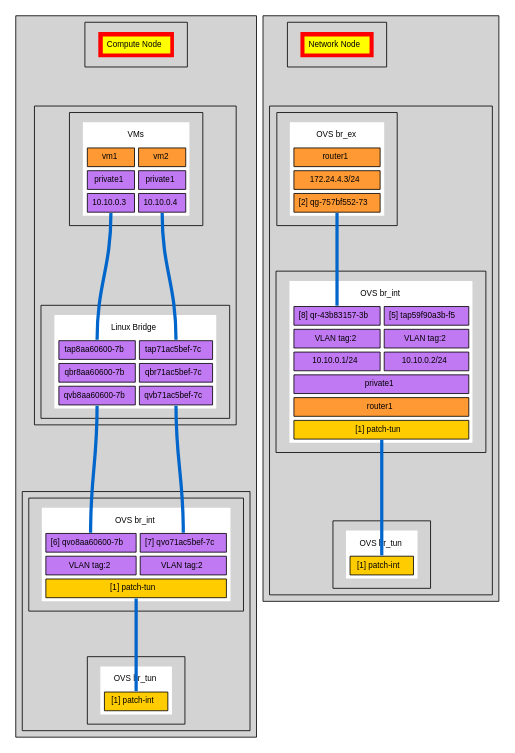
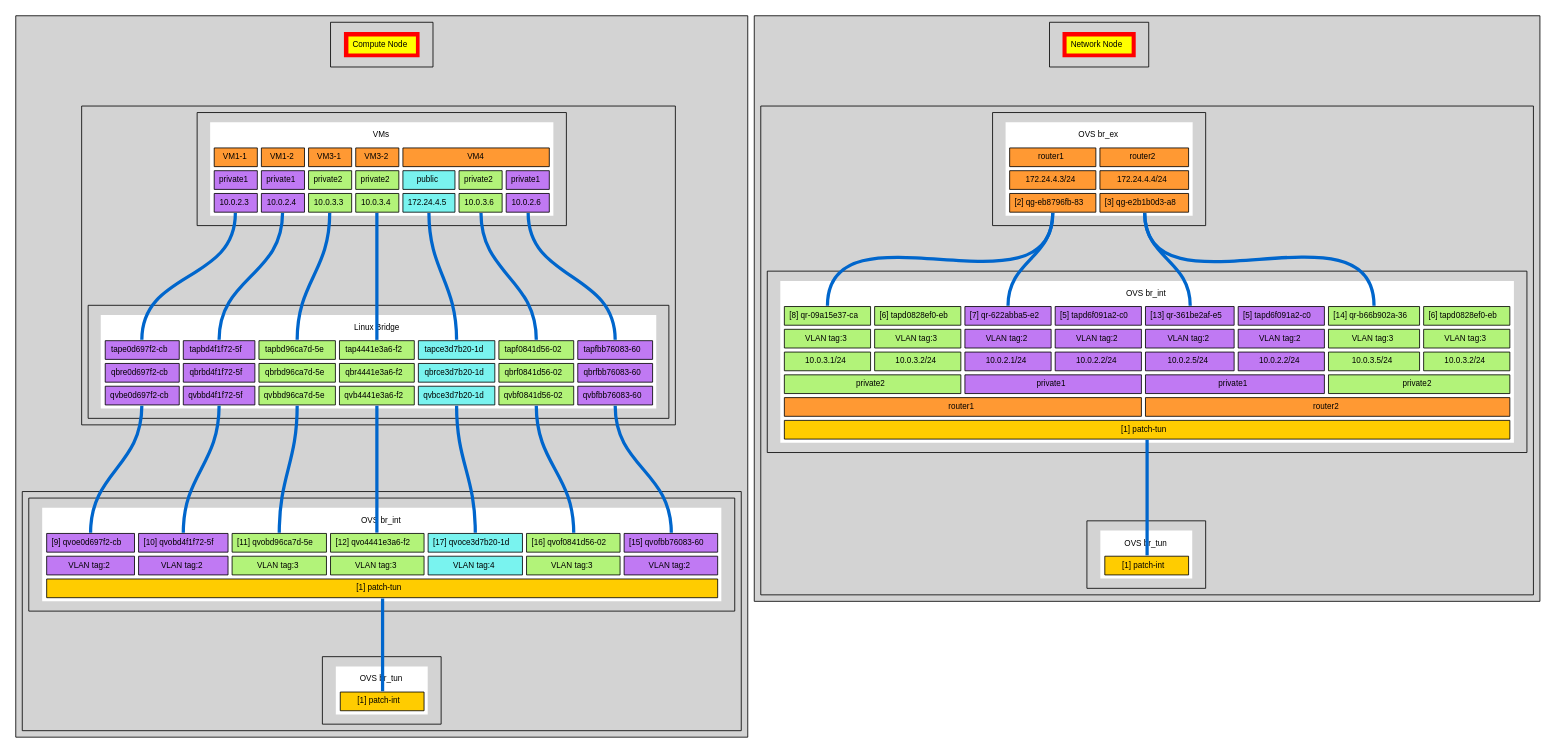
One commit to CiscoSystems/don changed the diagram in ovs/static/don.dot. Above: the diagram before and after it, drawn with Graphviz. The commit also changed 7 other files, not shown here.

Commit message:
Cleanup and retaining old visualization charts.

```diff
--- a/ovs/static/don.dot
+++ b/ovs/static/don.dot
@@ -25,19 +25,32 @@
 VMs [ shape = plaintext, label = <
 <TABLE BORDER="0" CELLBORDER="1" CELLSPACING="5" CELLPADDING="5" BGCOLOR="white">
 <TR>
-<TD COLSPAN="2" BORDER="0" BGCOLOR="white" PORT="VMs">VMs</TD>
+<TD COLSPAN="7" BORDER="0" BGCOLOR="white" PORT="VMs">VMs</TD>
 </TR>
 <TR>
-<TD ROWSPAN="1" COLSPAN="1" BGCOLOR="#ff9933">vm1</TD>
-<TD ROWSPAN="1" COLSPAN="1" BGCOLOR="#ff9933">vm2</TD>
+<TD ROWSPAN="1" COLSPAN="1" BGCOLOR="#ff9933">VM1-1</TD>
+<TD ROWSPAN="1" COLSPAN="1" BGCOLOR="#ff9933">VM1-2</TD>
+<TD ROWSPAN="1" COLSPAN="1" BGCOLOR="#ff9933">VM3-1</TD>
+<TD ROWSPAN="1" COLSPAN="1" BGCOLOR="#ff9933">VM3-2</TD>
+<TD ROWSPAN="1" COLSPAN="3" BGCOLOR="#ff9933">VM4</TD>
 </TR>
 <TR>
 <TD ROWSPAN="1" COLSPAN="1" BGCOLOR="#c079f3">private1</TD>
 <TD ROWSPAN="1" COLSPAN="1" BGCOLOR="#c079f3">private1</TD>
+<TD ROWSPAN="1" COLSPAN="1" BGCOLOR="#b2f379">private2</TD>
+<TD ROWSPAN="1" COLSPAN="1" BGCOLOR="#b2f379">private2</TD>
+<TD ROWSPAN="1" COLSPAN="1" BGCOLOR="#79f3ef">public</TD>
+<TD ROWSPAN="1" COLSPAN="1" BGCOLOR="#b2f379">private2</TD>
+<TD ROWSPAN="1" COLSPAN="1" BGCOLOR="#c079f3">private1</TD>
 </TR>
 <TR>
-<TD ROWSPAN="1" COLSPAN="1" BGCOLOR="#c079f3" PORT="101003">10.10.0.3</TD>
-<TD ROWSPAN="1" COLSPAN="1" BGCOLOR="#c079f3" PORT="101004">10.10.0.4</TD>
+<TD ROWSPAN="1" COLSPAN="1" BGCOLOR="#c079f3" PORT="10023">10.0.2.3</TD>
+<TD ROWSPAN="1" COLSPAN="1" BGCOLOR="#c079f3" PORT="10024">10.0.2.4</TD>
+<TD ROWSPAN="1" COLSPAN="1" BGCOLOR="#b2f379" PORT="10033">10.0.3.3</TD>
+<TD ROWSPAN="1" COLSPAN="1" BGCOLOR="#b2f379" PORT="10034">10.0.3.4</TD>
+<TD ROWSPAN="1" COLSPAN="1" BGCOLOR="#79f3ef" PORT="1722445">172.24.4.5</TD>
+<TD ROWSPAN="1" COLSPAN="1" BGCOLOR="#b2f379" PORT="10036">10.0.3.6</TD>
+<TD ROWSPAN="1" COLSPAN="1" BGCOLOR="#c079f3" PORT="10026">10.0.2.6</TD>
 </TR>
 </TABLE>>];
 
@@ -47,19 +60,34 @@
 LinuxBridge [ shape = plaintext, label = <
 <TABLE BORDER="0" CELLBORDER="1" CELLSPACING="5" CELLPADDING="5" BGCOLOR="white">
 <TR>
-<TD COLSPAN="2" BORDER="0" BGCOLOR="white" PORT="LinuxBridge">Linux Bridge</TD>
+<TD COLSPAN="7" BORDER="0" BGCOLOR="white" PORT="LinuxBridge">Linux Bridge</TD>
 </TR>
 <TR>
-<TD ROWSPAN="1" COLSPAN="1" BGCOLOR="#c079f3" PORT="tap8aa60600_7b">tap8aa60600-7b</TD>
-<TD ROWSPAN="1" COLSPAN="1" BGCOLOR="#c079f3" PORT="tap71ac5bef_7c">tap71ac5bef-7c</TD>
+<TD ROWSPAN="1" COLSPAN="1" BGCOLOR="#c079f3" PORT="tape0d697f2_cb">tape0d697f2-cb</TD>
+<TD ROWSPAN="1" COLSPAN="1" BGCOLOR="#c079f3" PORT="tapbd4f1f72_5f">tapbd4f1f72-5f</TD>
+<TD ROWSPAN="1" COLSPAN="1" BGCOLOR="#b2f379" PORT="tapbd96ca7d_5e">tapbd96ca7d-5e</TD>
+<TD ROWSPAN="1" COLSPAN="1" BGCOLOR="#b2f379" PORT="tap4441e3a6_f2">tap4441e3a6-f2</TD>
+<TD ROWSPAN="1" COLSPAN="1" BGCOLOR="#79f3ef" PORT="tapce3d7b20_1d">tapce3d7b20-1d</TD>
+<TD ROWSPAN="1" COLSPAN="1" BGCOLOR="#b2f379" PORT="tapf0841d56_02">tapf0841d56-02</TD>
+<TD ROWSPAN="1" COLSPAN="1" BGCOLOR="#c079f3" PORT="tapfbb76083_60">tapfbb76083-60</TD>
 </TR>
 <TR>
-<TD ROWSPAN="1" COLSPAN="1" BGCOLOR="#c079f3" PORT="qbr8aa60600_7b">qbr8aa60600-7b</TD>
-<TD ROWSPAN="1" COLSPAN="1" BGCOLOR="#c079f3" PORT="qbr71ac5bef_7c">qbr71ac5bef-7c</TD>
+<TD ROWSPAN="1" COLSPAN="1" BGCOLOR="#c079f3" PORT="qbre0d697f2_cb">qbre0d697f2-cb</TD>
+<TD ROWSPAN="1" COLSPAN="1" BGCOLOR="#c079f3" PORT="qbrbd4f1f72_5f">qbrbd4f1f72-5f</TD>
+<TD ROWSPAN="1" COLSPAN="1" BGCOLOR="#b2f379" PORT="qbrbd96ca7d_5e">qbrbd96ca7d-5e</TD>
+<TD ROWSPAN="1" COLSPAN="1" BGCOLOR="#b2f379" PORT="qbr4441e3a6_f2">qbr4441e3a6-f2</TD>
+<TD ROWSPAN="1" COLSPAN="1" BGCOLOR="#79f3ef" PORT="qbrce3d7b20_1d">qbrce3d7b20-1d</TD>
+<TD ROWSPAN="1" COLSPAN="1" BGCOLOR="#b2f379" PORT="qbrf0841d56_02">qbrf0841d56-02</TD>
+<TD ROWSPAN="1" COLSPAN="1" BGCOLOR="#c079f3" PORT="qbrfbb76083_60">qbrfbb76083-60</TD>
 </TR>
 <TR>
-<TD ROWSPAN="1" COLSPAN="1" BGCOLOR="#c079f3" PORT="qvb8aa60600_7b">qvb8aa60600-7b</TD>
-<TD ROWSPAN="1" COLSPAN="1" BGCOLOR="#c079f3" PORT="qvb71ac5bef_7c">qvb71ac5bef-7c</TD>
+<TD ROWSPAN="1" COLSPAN="1" BGCOLOR="#c079f3" PORT="qvbe0d697f2_cb">qvbe0d697f2-cb</TD>
+<TD ROWSPAN="1" COLSPAN="1" BGCOLOR="#c079f3" PORT="qvbbd4f1f72_5f">qvbbd4f1f72-5f</TD>
+<TD ROWSPAN="1" COLSPAN="1" BGCOLOR="#b2f379" PORT="qvbbd96ca7d_5e">qvbbd96ca7d-5e</TD>
+<TD ROWSPAN="1" COLSPAN="1" BGCOLOR="#b2f379" PORT="qvb4441e3a6_f2">qvb4441e3a6-f2</TD>
+<TD ROWSPAN="1" COLSPAN="1" BGCOLOR="#79f3ef" PORT="qvbce3d7b20_1d">qvbce3d7b20-1d</TD>
+<TD ROWSPAN="1" COLSPAN="1" BGCOLOR="#b2f379" PORT="qvbf0841d56_02">qvbf0841d56-02</TD>
+<TD ROWSPAN="1" COLSPAN="1" BGCOLOR="#c079f3" PORT="qvbfbb76083_60">qvbfbb76083-60</TD>
 </TR>
 </TABLE>>];
 
@@ -73,18 +101,28 @@
 compute_br_int [ shape = plaintext, label = <
 <TABLE BORDER="0" CELLBORDER="1" CELLSPACING="5" CELLPADDING="5" BGCOLOR="white">
 <TR>
-<TD COLSPAN="2" BORDER="0" BGCOLOR="white" PORT="OVSbr_int">OVS br_int</TD>
+<TD COLSPAN="7" BORDER="0" BGCOLOR="white" PORT="OVSbr_int">OVS br_int</TD>
 </TR>
 <TR>
-<TD ROWSPAN="1" COLSPAN="1" BGCOLOR="#c079f3" PORT="qvo8aa60600_7b">[6] qvo8aa60600-7b</TD>
-<TD ROWSPAN="1" COLSPAN="1" BGCOLOR="#c079f3" PORT="qvo71ac5bef_7c">[7] qvo71ac5bef-7c</TD>
+<TD ROWSPAN="1" COLSPAN="1" BGCOLOR="#c079f3" PORT="qvoe0d697f2_cb">[9] qvoe0d697f2-cb</TD>
+<TD ROWSPAN="1" COLSPAN="1" BGCOLOR="#c079f3" PORT="qvobd4f1f72_5f">[10] qvobd4f1f72-5f</TD>
+<TD ROWSPAN="1" COLSPAN="1" BGCOLOR="#b2f379" PORT="qvobd96ca7d_5e">[11] qvobd96ca7d-5e</TD>
+<TD ROWSPAN="1" COLSPAN="1" BGCOLOR="#b2f379" PORT="qvo4441e3a6_f2">[12] qvo4441e3a6-f2</TD>
+<TD ROWSPAN="1" COLSPAN="1" BGCOLOR="#79f3ef" PORT="qvoce3d7b20_1d">[17] qvoce3d7b20-1d</TD>
+<TD ROWSPAN="1" COLSPAN="1" BGCOLOR="#b2f379" PORT="qvof0841d56_02">[16] qvof0841d56-02</TD>
+<TD ROWSPAN="1" COLSPAN="1" BGCOLOR="#c079f3" PORT="qvofbb76083_60">[15] qvofbb76083-60</TD>
 </TR>
 <TR>
-<TD ROWSPAN="1" COLSPAN="1" BGCOLOR="#c079f3" PORT="qvo8aa60600_7btag_2">VLAN tag:2</TD>
-<TD ROWSPAN="1" COLSPAN="1" BGCOLOR="#c079f3" PORT="qvo71ac5bef_7ctag_2">VLAN tag:2</TD>
+<TD ROWSPAN="1" COLSPAN="1" BGCOLOR="#c079f3" PORT="qvoe0d697f2_cbtag_2">VLAN tag:2</TD>
+<TD ROWSPAN="1" COLSPAN="1" BGCOLOR="#c079f3" PORT="qvobd4f1f72_5ftag_2">VLAN tag:2</TD>
+<TD ROWSPAN="1" COLSPAN="1" BGCOLOR="#b2f379" PORT="qvobd96ca7d_5etag_3">VLAN tag:3</TD>
+<TD ROWSPAN="1" COLSPAN="1" BGCOLOR="#b2f379" PORT="qvo4441e3a6_f2tag_3">VLAN tag:3</TD>
+<TD ROWSPAN="1" COLSPAN="1" BGCOLOR="#79f3ef" PORT="qvoce3d7b20_1dtag_4">VLAN tag:4</TD>
+<TD ROWSPAN="1" COLSPAN="1" BGCOLOR="#b2f379" PORT="qvof0841d56_02tag_3">VLAN tag:3</TD>
+<TD ROWSPAN="1" COLSPAN="1" BGCOLOR="#c079f3" PORT="qvofbb76083_60tag_2">VLAN tag:2</TD>
 </TR>
 <TR>
-<TD ROWSPAN="1" COLSPAN="2" BGCOLOR="#ffcc00" PORT="patch_tun">[1] patch-tun</TD>
+<TD ROWSPAN="1" COLSPAN="7" BGCOLOR="#ffcc00" PORT="patch_tun">[1] patch-tun</TD>
 </TR>
 </TABLE>>];
 
@@ -94,10 +132,10 @@
 compute_br_tun [ shape = plaintext, label = <
 <TABLE BORDER="0" CELLBORDER="1" CELLSPACING="5" CELLPADDING="5" BGCOLOR="white">
 <TR>
-<TD COLSPAN="2" BORDER="0" BGCOLOR="white" PORT="OVSbr_tun">OVS br_tun</TD>
+<TD COLSPAN="7" BORDER="0" BGCOLOR="white" PORT="OVSbr_tun">OVS br_tun</TD>
 </TR>
 <TR>
-<TD ROWSPAN="1" COLSPAN="2" BGCOLOR="#ffcc00" PORT="patch_int">[1] patch-int</TD>
+<TD ROWSPAN="1" COLSPAN="7" BGCOLOR="#ffcc00" PORT="patch_int">[1] patch-int</TD>
 </TR>
 </TABLE>>];
 
@@ -106,10 +144,20 @@
 }
 
 ComputeNode:s -> VMs:n [color = "#0066cc", penwidth = "4", style="invis"]
-VMs:101003:s -> LinuxBridge:tap8aa60600_7b:n [color = "#0066cc", penwidth = "4"]
-VMs:101004:s -> LinuxBridge:tap71ac5bef_7c:n [color = "#0066cc", penwidth = "4"]
-LinuxBridge:qvb8aa60600_7b:s -> compute_br_int:qvo8aa60600_7b:n [color = "#0066cc", penwidth = "4"]
-LinuxBridge:qvb71ac5bef_7c:s -> compute_br_int:qvo71ac5bef_7c:n [color = "#0066cc", penwidth = "4"]
+VMs:10023:s -> LinuxBridge:tape0d697f2_cb:n [color = "#0066cc", penwidth = "4"]
+VMs:10024:s -> LinuxBridge:tapbd4f1f72_5f:n [color = "#0066cc", penwidth = "4"]
+VMs:10033:s -> LinuxBridge:tapbd96ca7d_5e:n [color = "#0066cc", penwidth = "4"]
+VMs:10034:s -> LinuxBridge:tap4441e3a6_f2:n [color = "#0066cc", penwidth = "4"]
+VMs:1722445:s -> LinuxBridge:tapce3d7b20_1d:n [color = "#0066cc", penwidth = "4"]
+VMs:10036:s -> LinuxBridge:tapf0841d56_02:n [color = "#0066cc", penwidth = "4"]
+VMs:10026:s -> LinuxBridge:tapfbb76083_60:n [color = "#0066cc", penwidth = "4"]
+LinuxBridge:qvbe0d697f2_cb:s -> compute_br_int:qvoe0d697f2_cb:n [color = "#0066cc", penwidth = "4"]
+LinuxBridge:qvbbd4f1f72_5f:s -> compute_br_int:qvobd4f1f72_5f:n [color = "#0066cc", penwidth = "4"]
+LinuxBridge:qvbbd96ca7d_5e:s -> compute_br_int:qvobd96ca7d_5e:n [color = "#0066cc", penwidth = "4"]
+LinuxBridge:qvb4441e3a6_f2:s -> compute_br_int:qvo4441e3a6_f2:n [color = "#0066cc", penwidth = "4"]
+LinuxBridge:qvbce3d7b20_1d:s -> compute_br_int:qvoce3d7b20_1d:n [color = "#0066cc", penwidth = "4"]
+LinuxBridge:qvbf0841d56_02:s -> compute_br_int:qvof0841d56_02:n [color = "#0066cc", penwidth = "4"]
+LinuxBridge:qvbfbb76083_60:s -> compute_br_int:qvofbb76083_60:n [color = "#0066cc", penwidth = "4"]
 compute_br_int:patch_tun:s -> compute_br_tun:patch_int:n [color = "#0066cc", penwidth = "4"]
 }
 
@@ -131,16 +179,19 @@
 br_ex [ shape = plaintext, label = <
 <TABLE BORDER="0" CELLBORDER="1" CELLSPACING="5" CELLPADDING="5" BGCOLOR="white">
 <TR>
-<TD COLSPAN="1" BORDER="0" BGCOLOR="white" PORT="OVSbr_ex">OVS br_ex</TD>
+<TD COLSPAN="2" BORDER="0" BGCOLOR="white" PORT="OVSbr_ex">OVS br_ex</TD>
 </TR>
 <TR>
 <TD ROWSPAN="1" COLSPAN="1" BGCOLOR="#ff9933" PORT="router1">router1</TD>
+<TD ROWSPAN="1" COLSPAN="1" BGCOLOR="#ff9933" PORT="router2">router2</TD>
 </TR>
 <TR>
 <TD ROWSPAN="1" COLSPAN="1" BGCOLOR="#ff9933" PORT="172.24.4.3/24">172.24.4.3/24</TD>
+<TD ROWSPAN="1" COLSPAN="1" BGCOLOR="#ff9933" PORT="172.24.4.4/24">172.24.4.4/24</TD>
 </TR>
 <TR>
-<TD ROWSPAN="1" COLSPAN="1" BGCOLOR="#ff9933" PORT="qg_757bf552_73">[2] qg-757bf552-73</TD>
+<TD ROWSPAN="1" COLSPAN="1" BGCOLOR="#ff9933" PORT="qg_eb8796fb_83">[2] qg-eb8796fb-83</TD>
+<TD ROWSPAN="1" COLSPAN="1" BGCOLOR="#ff9933" PORT="qg_e2b1b0d3_a8">[3] qg-e2b1b0d3-a8</TD>
 </TR>
 </TABLE>>];
 
@@ -150,28 +201,50 @@
 network_br_int [ shape = plaintext, label = <
 <TABLE BORDER="0" CELLBORDER="1" CELLSPACING="5" CELLPADDING="5" BGCOLOR="white">
 <TR>
-<TD COLSPAN="2" BORDER="0" BGCOLOR="white" PORT="OVSbr_int">OVS br_int</TD>
+<TD COLSPAN="8" BORDER="0" BGCOLOR="white" PORT="OVSbr_int">OVS br_int</TD>
 </TR>
 <TR>
-<TD ROWSPAN="1" COLSPAN="1" BGCOLOR="#c079f3" PORT="qr_43b83157_3b">[8] qr-43b83157-3b</TD>
-<TD ROWSPAN="1" COLSPAN="1" BGCOLOR="#c079f3" PORT="tap59f90a3b_f5">[5] tap59f90a3b-f5</TD>
+<TD ROWSPAN="1" COLSPAN="1" BGCOLOR="#b2f379" PORT="qr_09a15e37_ca">[8] qr-09a15e37-ca</TD>
+<TD ROWSPAN="1" COLSPAN="1" BGCOLOR="#b2f379" PORT="tapd0828ef0_eb">[6] tapd0828ef0-eb</TD>
+<TD ROWSPAN="1" COLSPAN="1" BGCOLOR="#c079f3" PORT="qr_622abba5_e2">[7] qr-622abba5-e2</TD>
+<TD ROWSPAN="1" COLSPAN="1" BGCOLOR="#c079f3" PORT="tapd6f091a2_c0">[5] tapd6f091a2-c0</TD>
+<TD ROWSPAN="1" COLSPAN="1" BGCOLOR="#c079f3" PORT="qr_361be2af_e5">[13] qr-361be2af-e5</TD>
+<TD ROWSPAN="1" COLSPAN="1" BGCOLOR="#c079f3" PORT="tapd6f091a2_c0">[5] tapd6f091a2-c0</TD>
+<TD ROWSPAN="1" COLSPAN="1" BGCOLOR="#b2f379" PORT="qr_b66b902a_36">[14] qr-b66b902a-36</TD>
+<TD ROWSPAN="1" COLSPAN="1" BGCOLOR="#b2f379" PORT="tapd0828ef0_eb">[6] tapd0828ef0-eb</TD>
 </TR>
 <TR>
-<TD ROWSPAN="1" COLSPAN="1" BGCOLOR="#c079f3" PORT="qr_43b83157_3btag_2">VLAN tag:2</TD>
-<TD ROWSPAN="1" COLSPAN="1" BGCOLOR="#c079f3" PORT="tap59f90a3b_f5tag_2">VLAN tag:2</TD>
+<TD ROWSPAN="1" COLSPAN="1" BGCOLOR="#b2f379" PORT="qr_09a15e37_catag_3">VLAN tag:3</TD>
+<TD ROWSPAN="1" COLSPAN="1" BGCOLOR="#b2f379" PORT="tapd0828ef0_ebtag_3">VLAN tag:3</TD>
+<TD ROWSPAN="1" COLSPAN="1" BGCOLOR="#c079f3" PORT="qr_622abba5_e2tag_2">VLAN tag:2</TD>
+<TD ROWSPAN="1" COLSPAN="1" BGCOLOR="#c079f3" PORT="tapd6f091a2_c0tag_2">VLAN tag:2</TD>
+<TD ROWSPAN="1" COLSPAN="1" BGCOLOR="#c079f3" PORT="qr_361be2af_e5tag_2">VLAN tag:2</TD>
+<TD ROWSPAN="1" COLSPAN="1" BGCOLOR="#c079f3" PORT="tapd6f091a2_c0tag_2">VLAN tag:2</TD>
+<TD ROWSPAN="1" COLSPAN="1" BGCOLOR="#b2f379" PORT="qr_b66b902a_36tag_3">VLAN tag:3</TD>
+<TD ROWSPAN="1" COLSPAN="1" BGCOLOR="#b2f379" PORT="tapd0828ef0_ebtag_3">VLAN tag:3</TD>
 </TR>
 <TR>
-<TD ROWSPAN="1" COLSPAN="1" BGCOLOR="#c079f3" PORT="qr_43b83157_3b10.10.0.1/24">10.10.0.1/24</TD>
-<TD ROWSPAN="1" COLSPAN="1" BGCOLOR="#c079f3" PORT="tap59f90a3b_f510.10.0.2/24">10.10.0.2/24</TD>
+<TD ROWSPAN="1" COLSPAN="1" BGCOLOR="#b2f379" PORT="qr_09a15e37_ca10.0.3.1/24">10.0.3.1/24</TD>
+<TD ROWSPAN="1" COLSPAN="1" BGCOLOR="#b2f379" PORT="tapd0828ef0_eb10.0.3.2/24">10.0.3.2/24</TD>
+<TD ROWSPAN="1" COLSPAN="1" BGCOLOR="#c079f3" PORT="qr_622abba5_e210.0.2.1/24">10.0.2.1/24</TD>
+<TD ROWSPAN="1" COLSPAN="1" BGCOLOR="#c079f3" PORT="tapd6f091a2_c010.0.2.2/24">10.0.2.2/24</TD>
+<TD ROWSPAN="1" COLSPAN="1" BGCOLOR="#c079f3" PORT="qr_361be2af_e510.0.2.5/24">10.0.2.5/24</TD>
+<TD ROWSPAN="1" COLSPAN="1" BGCOLOR="#c079f3" PORT="tapd6f091a2_c010.0.2.2/24">10.0.2.2/24</TD>
+<TD ROWSPAN="1" COLSPAN="1" BGCOLOR="#b2f379" PORT="qr_b66b902a_3610.0.3.5/24">10.0.3.5/24</TD>
+<TD ROWSPAN="1" COLSPAN="1" BGCOLOR="#b2f379" PORT="tapd0828ef0_eb10.0.3.2/24">10.0.3.2/24</TD>
 </TR>
 <TR>
+<TD ROWSPAN="1" COLSPAN="2" BGCOLOR="#b2f379" PORT="private2">private2</TD>
 <TD ROWSPAN="1" COLSPAN="2" BGCOLOR="#c079f3" PORT="private1">private1</TD>
+<TD ROWSPAN="1" COLSPAN="2" BGCOLOR="#c079f3" PORT="private1">private1</TD>
+<TD ROWSPAN="1" COLSPAN="2" BGCOLOR="#b2f379" PORT="private2">private2</TD>
 </TR>
 <TR>
-<TD ROWSPAN="1" COLSPAN="2" BGCOLOR="#ff9933" PORT="router1">router1</TD>
+<TD ROWSPAN="1" COLSPAN="4" BGCOLOR="#ff9933" PORT="router1">router1</TD>
+<TD ROWSPAN="1" COLSPAN="4" BGCOLOR="#ff9933" PORT="router2">router2</TD>
 </TR>
 <TR>
-<TD ROWSPAN="1" COLSPAN="2" BGCOLOR="#ffcc00" PORT="patch_tun">[1] patch-tun</TD>
+<TD ROWSPAN="1" COLSPAN="8" BGCOLOR="#ffcc00" PORT="patch_tun">[1] patch-tun</TD>
 </TR>
 </TABLE>>];
 
@@ -181,10 +254,10 @@
 network_br_tun [ shape = plaintext, label = <
 <TABLE BORDER="0" CELLBORDER="1" CELLSPACING="5" CELLPADDING="5" BGCOLOR="white">
 <TR>
-<TD COLSPAN="2" BORDER="0" BGCOLOR="white" PORT="OVSbr_tun">OVS br_tun</TD>
+<TD COLSPAN="7" BORDER="0" BGCOLOR="white" PORT="OVSbr_tun">OVS br_tun</TD>
 </TR>
 <TR>
-<TD ROWSPAN="1" COLSPAN="2" BGCOLOR="#ffcc00" PORT="patch_int">[1] patch-int</TD>
+<TD ROWSPAN="1" COLSPAN="7" BGCOLOR="#ffcc00" PORT="patch_int">[1] patch-int</TD>
 </TR>
 </TABLE>>];
 
@@ -194,7 +267,10 @@
 
 NetworkNode:s -> br_ex:n [color = "#0066cc", penwidth = "4", style="invis"]
 network_br_int:patch_tun:s -> network_br_tun:patch_int:n [color = "#0066cc", penwidth = "4"]
-br_ex:qg_757bf552_73:s -> network_br_int:qr_43b83157_3b:n [color = "#0066cc", penwidth = "4"]
+br_ex:qg_e2b1b0d3_a8:s -> network_br_int:qr_361be2af_e5:n [color = "#0066cc", penwidth = "4"]
+br_ex:qg_e2b1b0d3_a8:s -> network_br_int:qr_b66b902a_36:n [color = "#0066cc", penwidth = "4"]
+br_ex:qg_eb8796fb_83:s -> network_br_int:qr_09a15e37_ca:n [color = "#0066cc", penwidth = "4"]
+br_ex:qg_eb8796fb_83:s -> network_br_int:qr_622abba5_e2:n [color = "#0066cc", penwidth = "4"]
 }
 
 
```
